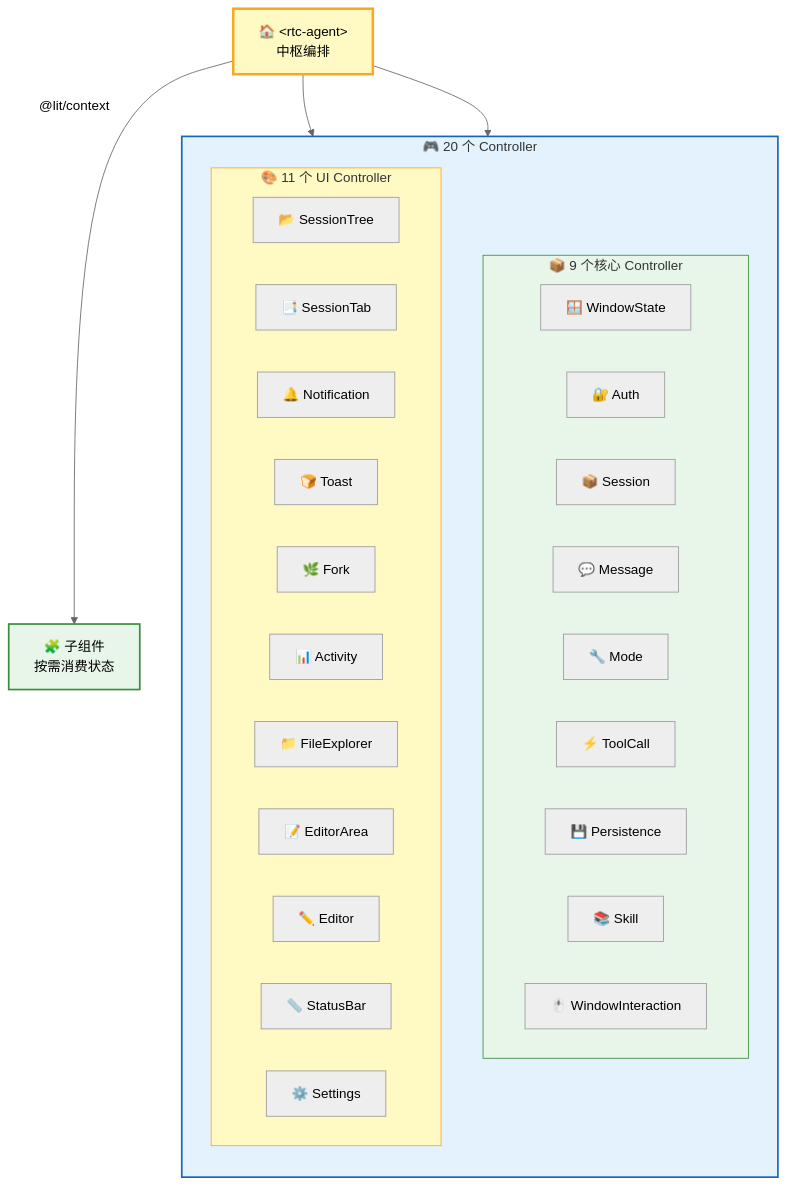
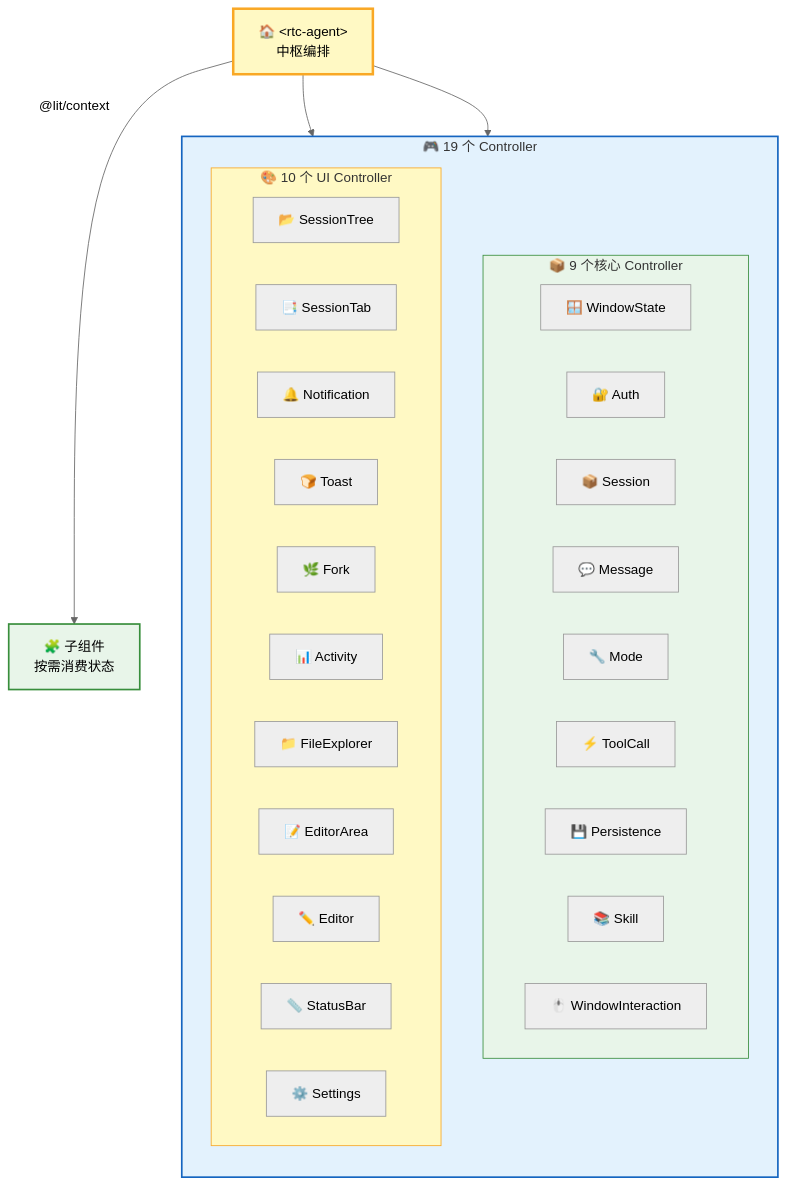
The third of 9 diagrams in src/content/docs/architecture/frontend.md (rtc-agent/docs), drawn with Mermaid (neutral theme) before and after one commit. The commit also changed other lines of this file and 9 other files, not shown here.

````diff
--- a/src/content/docs/architecture/frontend.md
+++ b/src/content/docs/architecture/frontend.md
@@ -115,41 +115,41 @@
 ```mermaid
 flowchart TD
-    subgraph CONTROLLERS["🎮 20 个 Controller"]
+    subgraph CONTROLLERS["🎮 19 个 Controller"]
         direction TB
         subgraph CORE["📦 9 个核心 Controller"]
             C1["🪟 WindowState"]
             C2["🔐 Auth"]
             C3["📦 Session"]
             C4["💬 Message"]
             C5["🔧 Mode"]
             C6["⚡ ToolCall"]
             C7["💾 Persistence"]
             C8["📚 Skill"]
             C9["🖱️ WindowInteraction"]
         end
-        subgraph UI["🎨 11 个 UI Controller"]
+        subgraph UI["🎨 10 个 UI Controller"]
             C10["📂 SessionTree"]
             C11["📑 SessionTab"]
             C12["🔔 Notification"]
             C13["🍞 Toast"]
             C14["🌿 Fork"]
             C15["📊 Activity"]
             C16["📁 FileExplorer"]
             C17["📝 EditorArea"]
             C18["✏️ Editor"]
             C19["📏 StatusBar"]
             C20["⚙️ Settings"]
         end
     end
 
     ROOT["🏠 &lt;rtc-agent&gt;<br/>中枢编排"] --> CORE
     ROOT --> UI
 
     ROOT -->|"@lit/context"| CHILDREN["🧩 子组件<br/>按需消费状态"]
 
     style ROOT fill:#fff9c4,stroke:#f9a825,stroke-width:3px
     style CONTROLLERS fill:#e3f2fd,stroke:#1565c0,stroke-width:2px
     style CORE fill:#e8f5e9,stroke:#388e3c,stroke-width:1px
     style UI fill:#fff9c4,stroke:#f9a825,stroke-width:1px
     style CHILDREN fill:#e8f5e9,stroke:#388e3c,stroke-width:2px
 ```
````
